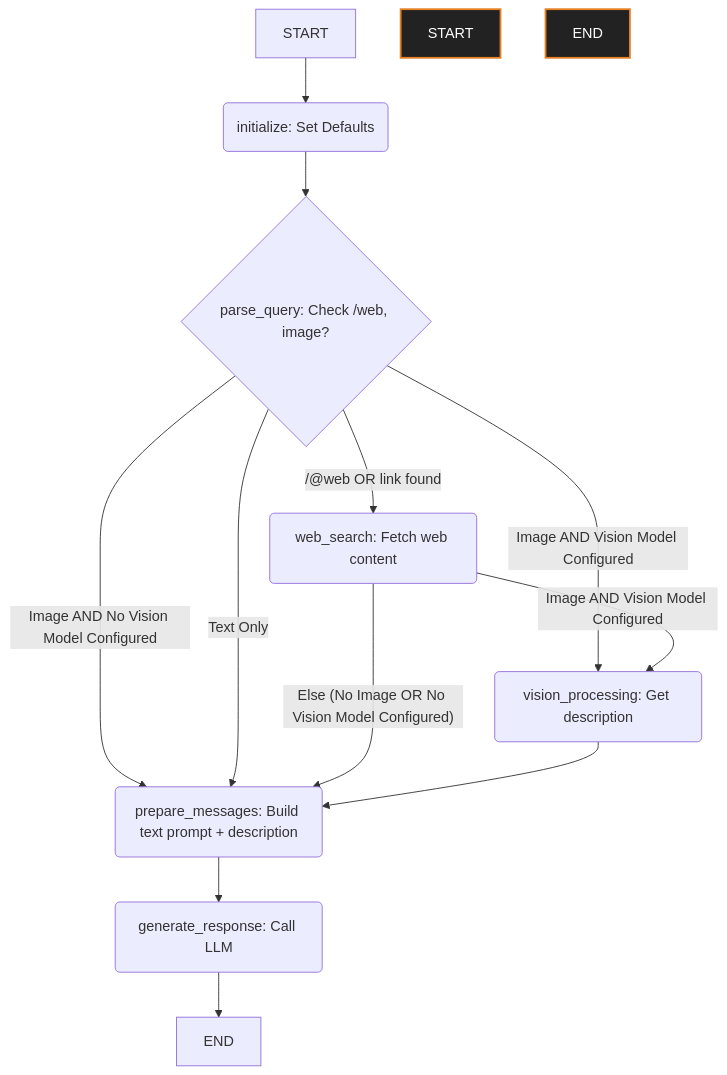
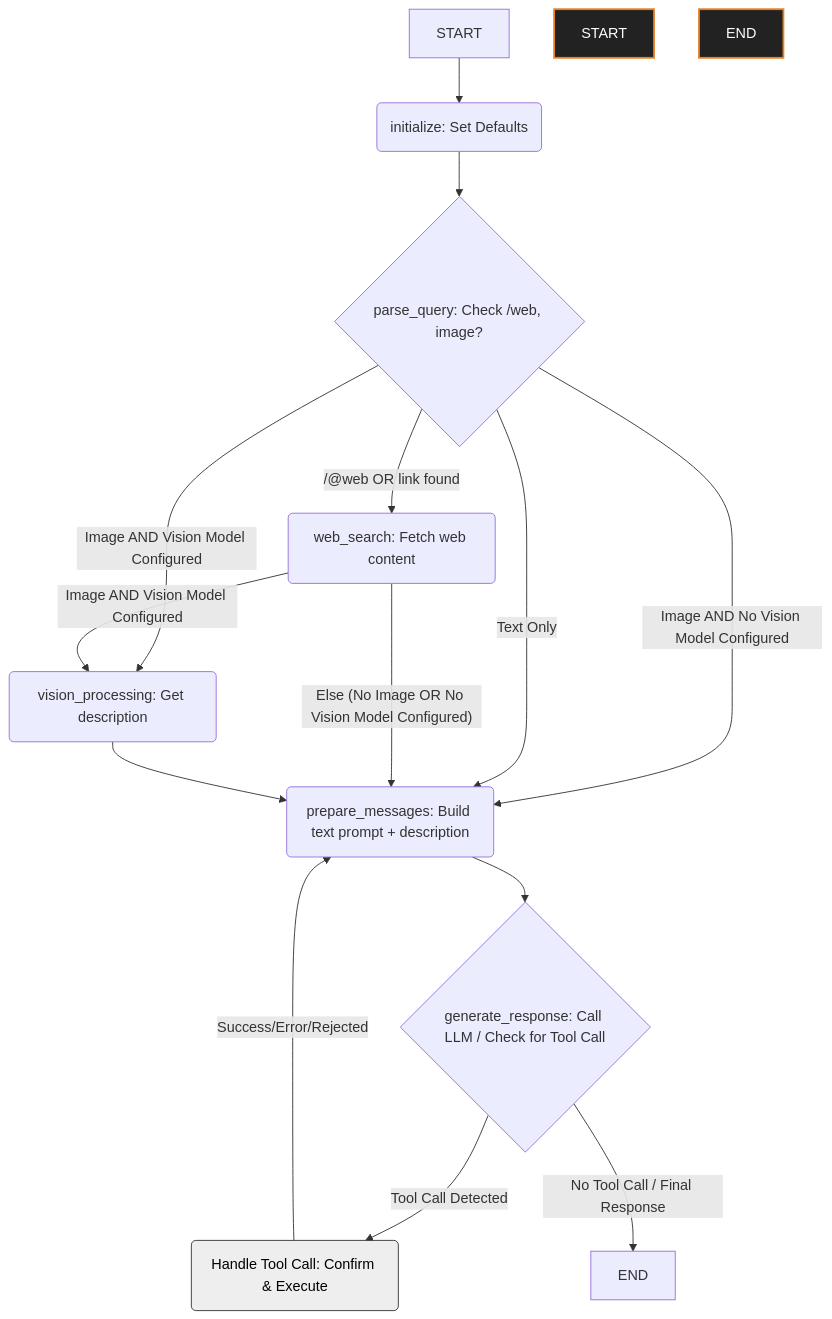
The diagram in docs/graph.md (Mithun-750/Dasi), drawn with Mermaid before and after one commit. The commit also changed other lines of this file and 2 other files, not shown here.

Commit message:
Feat: Enhance response generation with tool call detection and handling, improving LLM interaction flow and user experience

````diff
--- a/docs/graph.md
+++ b/docs/graph.md
@@ -5,21 +5,26 @@
 ```mermaid
 graph TD
     A[START] --> B(initialize: Set Defaults);
     B --> C{parse_query: Check /web, image?};
 
     C -- "/@web OR link found" --> D(web_search: Fetch web content);
     C -- "Image AND Vision Model Configured" --> E(vision_processing: Get description);
     C -- "Image AND No Vision Model Configured" --> F(prepare_messages: Build multimodal prompt);
     C -- "Text Only" --> F;
 
     D -- "Image AND Vision Model Configured" --> E;
     D -- "Else (No Image OR No Vision Model Configured)" --> F;
 
     E --> F(prepare_messages: Build text prompt + description);
 
-    F --> G(generate_response: Call LLM);
-    G --> H[END];
+    F --> G{generate_response: Call LLM / Check for Tool Call};
+
+    G -- "Tool Call Detected" --> I(Handle Tool Call: Confirm & Execute);
+    I -- "Success/Error/Rejected" --> F;
+
+    G -- "No Tool Call / Final Response" --> H[END];
 
     style START fill:#222,stroke:#e67e22,stroke-width:2px,color:#fff
     style END fill:#222,stroke:#e67e22,stroke-width:2px,color:#fff
+    style I fill:#eee,stroke:#333,stroke-width:1px,color:#000
 ```
````
